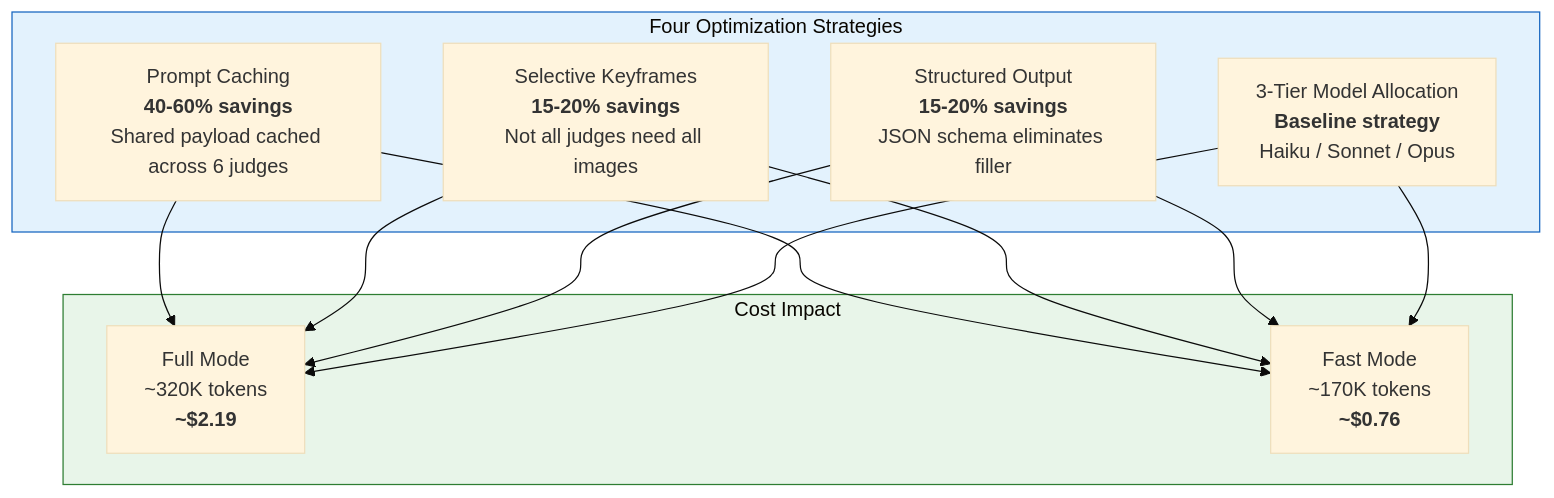
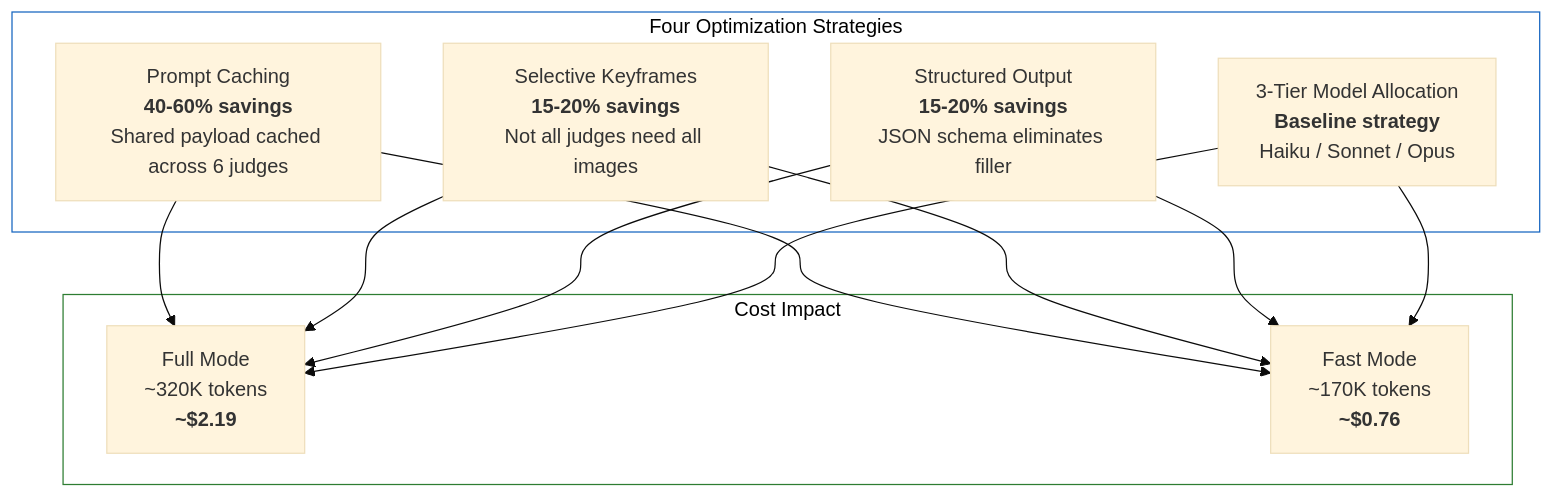
One commit to SacredWizard/themis changed the eighth of 13 diagrams in design/ARCHITECTURE.md. Above: the diagram before and after it, drawn with Mermaid (base theme). The commit also changed other lines of this file, not shown here.

````diff
--- a/design/ARCHITECTURE.md
+++ b/design/ARCHITECTURE.md
@@ -481,26 +482,26 @@
 ```mermaid
 graph TB
     subgraph Strategies["Four Optimization Strategies"]
         S1["Prompt Caching<br/><b>40-60% savings</b><br/>Shared payload cached across 6 judges"]
         S2["Selective Keyframes<br/><b>15-20% savings</b><br/>Not all judges need all images"]
         S3["Structured Output<br/><b>15-20% savings</b><br/>JSON schema eliminates filler"]
         S4["3-Tier Model Allocation<br/><b>Baseline strategy</b><br/>Haiku / Sonnet / Opus"]
     end
 
     subgraph Impact["Cost Impact"]
         FULL["Full Mode<br/>~320K tokens<br/><b>~$2.19</b>"]
         FAST["Fast Mode<br/>~170K tokens<br/><b>~$0.76</b>"]
     end
 
     S1 --> FULL
     S2 --> FULL
     S3 --> FULL
     S4 --> FULL
     S1 --> FAST
     S2 --> FAST
     S3 --> FAST
     S4 --> FAST
 
-    style Strategies fill:#e3f2fd,stroke:#1565C0
-    style Impact fill:#e8f5e9,stroke:#2E7D32
+    style Strategies fill:transparent,stroke:#1565C0,color:#000
+    style Impact fill:transparent,stroke:#2E7D32,color:#000
 ```
````
